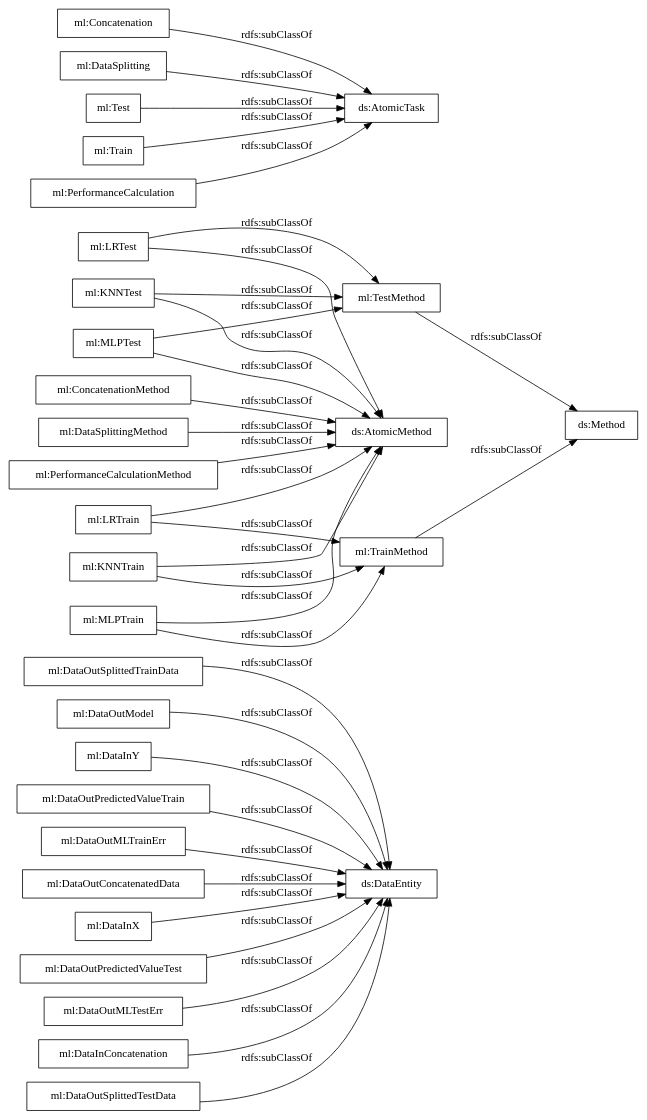
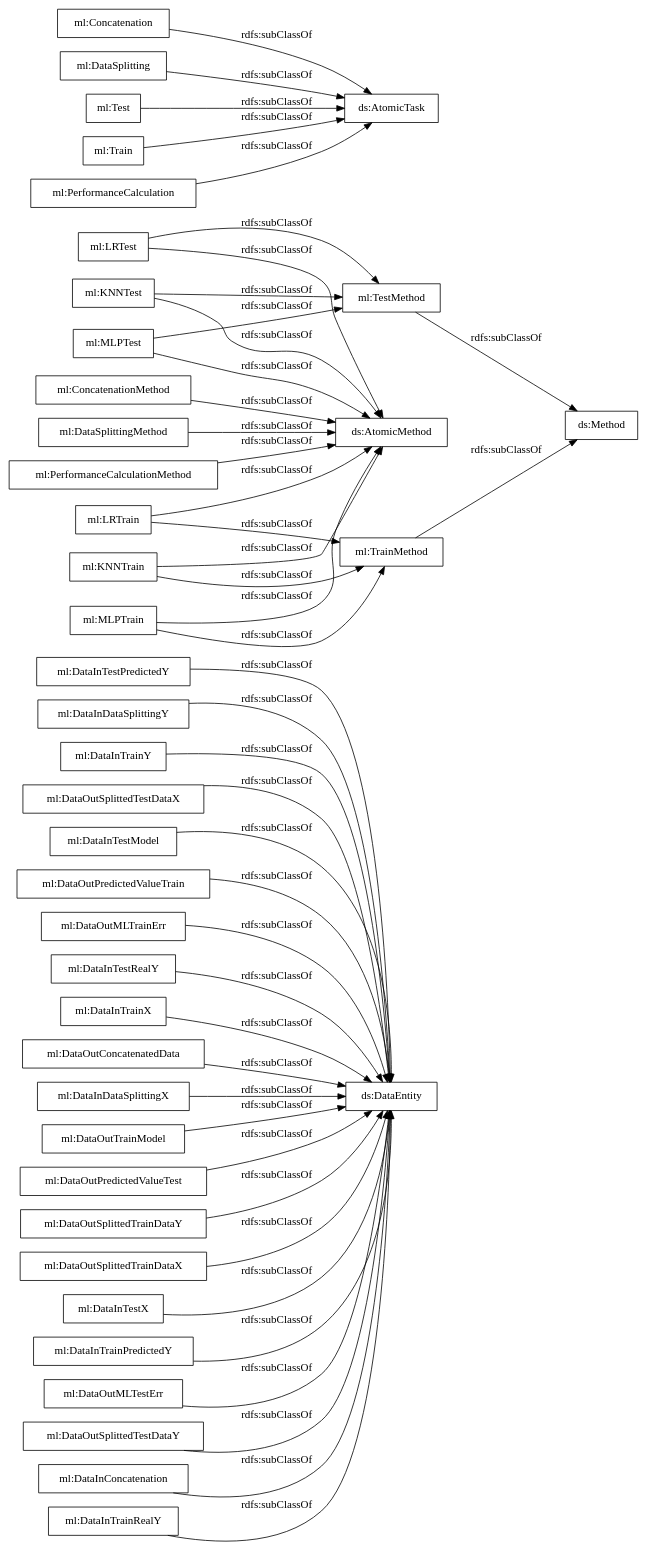
One commit to nsai-uio/ExeKGOntology changed the diagram in OnToology/ml_exeKGOntology.ttl/diagrams/ar2dtool-taxonomy/ml_exeKGOntology.ttl.png.dot. Above: the diagram before and after it, drawn with Graphviz. The commit also changed 12 other files, not shown here.

```diff
--- a/OnToology/ml_exeKGOntology.ttl/diagrams/ar2dtool-taxonomy/ml_exeKGOntology.ttl.png.dot
+++ b/OnToology/ml_exeKGOntology.ttl/diagrams/ar2dtool-taxonomy/ml_exeKGOntology.ttl.png.dot
@@ -1,39 +1,49 @@
 digraph ar2dtool_diagram { 
 rankdir=LR;
 size="1000"
-node [shape = rectangle, color="black"]; "ml:DataOutSplittedTrainData" "ml:TrainMethod" "ml:DataOutModel" "ml:PerformanceCalculationMethod" "ml:Concatenation" "ml:ConcatenationMethod" "ml:DataInY" "ml:MLPTest" "ml:DataOutPredictedValueTrain" "ml:DataOutMLTrainErr" "ml:DataOutConcatenatedData" "ml:DataSplitting" "ml:KNNTest" "ml:Test" "ml:DataInX" "ml:DataSplittingMethod" "ml:Train" "ml:PerformanceCalculation" "ml:DataOutPredictedValueTest" "ml:LRTest" "ml:KNNTrain" "ml:DataOutMLTestErr" "ml:MLPTrain" "ml:TestMethod" "ml:LRTrain" "ml:DataInConcatenation" "ml:DataOutSplittedTestData" ; /*classes style*/
+node [shape = rectangle, color="black"]; "ml:DataInTestPredictedY" "ml:DataInDataSplittingY" "ml:DataInTrainY" "ml:TrainMethod" "ml:DataOutSplittedTestDataX" "ml:PerformanceCalculationMethod" "ml:Concatenation" "ml:ConcatenationMethod" "ml:DataInTestModel" "ml:MLPTest" "ml:DataOutPredictedValueTrain" "ml:DataOutMLTrainErr" "ml:DataInTestRealY" "ml:DataInTrainX" "ml:DataOutConcatenatedData" "ml:DataSplitting" "ml:KNNTest" "ml:Test" "ml:DataInDataSplittingX" "ml:DataSplittingMethod" "ml:Train" "ml:PerformanceCalculation" "ml:DataOutTrainModel" "ml:DataOutPredictedValueTest" "ml:DataOutSplittedTrainDataY" "ml:DataOutSplittedTrainDataX" "ml:LRTest" "ml:DataInTestX" "ml:KNNTrain" "ml:DataInTrainPredictedY" "ml:DataOutMLTestErr" "ml:MLPTrain" "ml:DataOutSplittedTestDataY" "ml:TestMethod" "ml:LRTrain" "ml:DataInConcatenation" "ml:DataInTrainRealY" ; /*classes style*/
+	"ml:DataOutSplittedTrainDataX" -> "ds:DataEntity" [ label = "rdfs:subClassOf" ];
+	"ml:DataInTestModel" -> "ds:DataEntity" [ label = "rdfs:subClassOf" ];
 	"ml:PerformanceCalculation" -> "ds:AtomicTask" [ label = "rdfs:subClassOf" ];
 	"ml:DataOutMLTestErr" -> "ds:DataEntity" [ label = "rdfs:subClassOf" ];
+	"ml:DataOutTrainModel" -> "ds:DataEntity" [ label = "rdfs:subClassOf" ];
+	"ml:DataInTrainX" -> "ds:DataEntity" [ label = "rdfs:subClassOf" ];
 	"ml:LRTrain" -> "ds:AtomicMethod" [ label = "rdfs:subClassOf" ];
 	"ml:LRTrain" -> "ml:TrainMethod" [ label = "rdfs:subClassOf" ];
 	"ml:LRTest" -> "ds:AtomicMethod" [ label = "rdfs:subClassOf" ];
 	"ml:LRTest" -> "ml:TestMethod" [ label = "rdfs:subClassOf" ];
-	"ml:DataOutSplittedTrainData" -> "ds:DataEntity" [ label = "rdfs:subClassOf" ];
+	"ml:DataOutSplittedTestDataY" -> "ds:DataEntity" [ label = "rdfs:subClassOf" ];
+	"ml:DataInDataSplittingY" -> "ds:DataEntity" [ label = "rdfs:subClassOf" ];
+	"ml:DataInTrainPredictedY" -> "ds:DataEntity" [ label = "rdfs:subClassOf" ];
 	"ml:ConcatenationMethod" -> "ds:AtomicMethod" [ label = "rdfs:subClassOf" ];
 	"ml:Test" -> "ds:AtomicTask" [ label = "rdfs:subClassOf" ];
+	"ml:DataOutSplittedTestDataX" -> "ds:DataEntity" [ label = "rdfs:subClassOf" ];
+	"ml:DataInDataSplittingX" -> "ds:DataEntity" [ label = "rdfs:subClassOf" ];
+	"ml:DataInTestX" -> "ds:DataEntity" [ label = "rdfs:subClassOf" ];
 	"ml:DataInConcatenation" -> "ds:DataEntity" [ label = "rdfs:subClassOf" ];
 	"ml:DataOutPredictedValueTest" -> "ds:DataEntity" [ label = "rdfs:subClassOf" ];
-	"ml:DataOutSplittedTestData" -> "ds:DataEntity" [ label = "rdfs:subClassOf" ];
+	"ml:DataInTestRealY" -> "ds:DataEntity" [ label = "rdfs:subClassOf" ];
 	"ml:DataSplitting" -> "ds:AtomicTask" [ label = "rdfs:subClassOf" ];
-	"ml:DataInY" -> "ds:DataEntity" [ label = "rdfs:subClassOf" ];
 	"ml:DataSplittingMethod" -> "ds:AtomicMethod" [ label = "rdfs:subClassOf" ];
+	"ml:DataInTrainRealY" -> "ds:DataEntity" [ label = "rdfs:subClassOf" ];
 	"ml:DataOutMLTrainErr" -> "ds:DataEntity" [ label = "rdfs:subClassOf" ];
 	"ml:KNNTest" -> "ds:AtomicMethod" [ label = "rdfs:subClassOf" ];
 	"ml:KNNTest" -> "ml:TestMethod" [ label = "rdfs:subClassOf" ];
-	"ml:DataInX" -> "ds:DataEntity" [ label = "rdfs:subClassOf" ];
+	"ml:PerformanceCalculationMethod" -> "ds:AtomicMethod" [ label = "rdfs:subClassOf" ];
 	"ml:DataOutPredictedValueTrain" -> "ds:DataEntity" [ label = "rdfs:subClassOf" ];
 	"ml:TrainMethod" -> "ds:Method" [ label = "rdfs:subClassOf" ];
 	"ml:TestMethod" -> "ds:Method" [ label = "rdfs:subClassOf" ];
 	"ml:MLPTest" -> "ds:AtomicMethod" [ label = "rdfs:subClassOf" ];
 	"ml:MLPTest" -> "ml:TestMethod" [ label = "rdfs:subClassOf" ];
-	"ml:PerformanceCalculationMethod" -> "ds:AtomicMethod" [ label = "rdfs:subClassOf" ];
+	"ml:DataInTestPredictedY" -> "ds:DataEntity" [ label = "rdfs:subClassOf" ];
 	"ml:DataOutConcatenatedData" -> "ds:DataEntity" [ label = "rdfs:subClassOf" ];
-	"ml:DataOutModel" -> "ds:DataEntity" [ label = "rdfs:subClassOf" ];
+	"ml:DataOutSplittedTrainDataY" -> "ds:DataEntity" [ label = "rdfs:subClassOf" ];
+	"ml:DataInTrainY" -> "ds:DataEntity" [ label = "rdfs:subClassOf" ];
 	"ml:Train" -> "ds:AtomicTask" [ label = "rdfs:subClassOf" ];
 	"ml:MLPTrain" -> "ds:AtomicMethod" [ label = "rdfs:subClassOf" ];
 	"ml:MLPTrain" -> "ml:TrainMethod" [ label = "rdfs:subClassOf" ];
 	"ml:Concatenation" -> "ds:AtomicTask" [ label = "rdfs:subClassOf" ];
 	"ml:KNNTrain" -> "ds:AtomicMethod" [ label = "rdfs:subClassOf" ];
 	"ml:KNNTrain" -> "ml:TrainMethod" [ label = "rdfs:subClassOf" ];
 
 }
```
